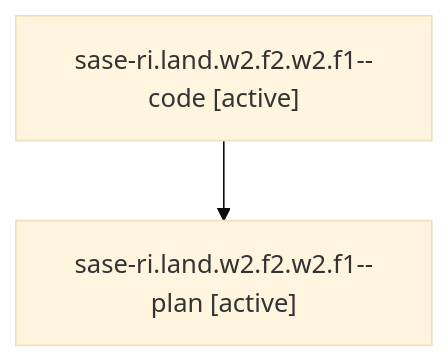
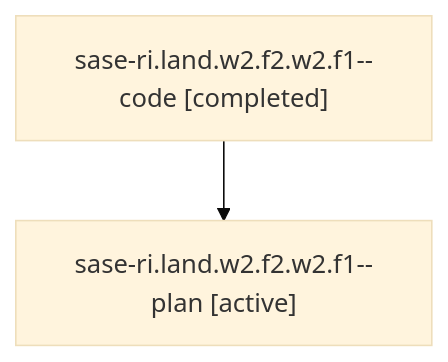
The diagram in families/bbugyi200.athena.sase-ri.land.w2.f2.w2.f1.md (sase-org/sase--agents), drawn with Mermaid (base theme) before and after one commit. The commit also changed other lines of this file and 35830 other files, not shown here.

````diff
--- a/families/bbugyi200.athena.sase-ri.land.w2.f2.w2.f1.md
+++ b/families/bbugyi200.athena.sase-ri.land.w2.f2.w2.f1.md
@@ -9,6 +9,6 @@
 ```mermaid
 flowchart TD
-  n0["sase-ri.land.w2.f2.w2.f1--code [active]"]
+  n0["sase-ri.land.w2.f2.w2.f1--code [completed]"]
   n1["sase-ri.land.w2.f2.w2.f1--plan [active]"]
   n0 --> n1
 ```
````
